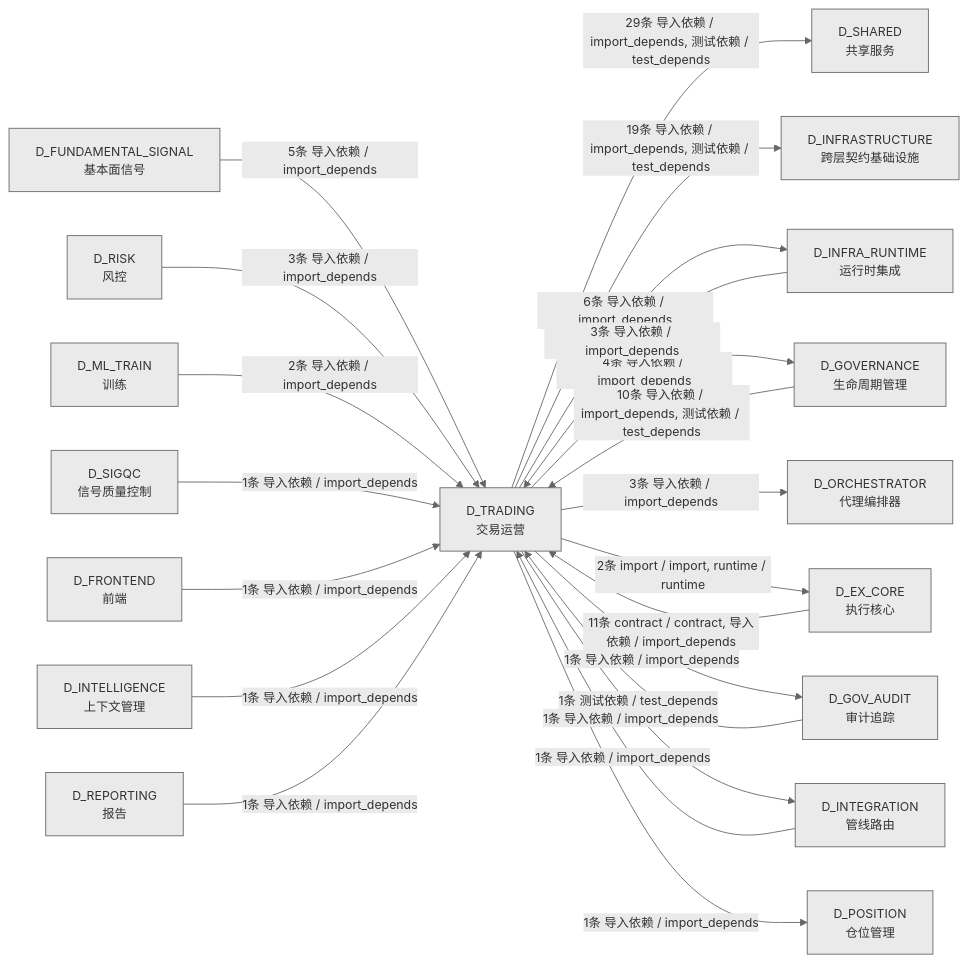
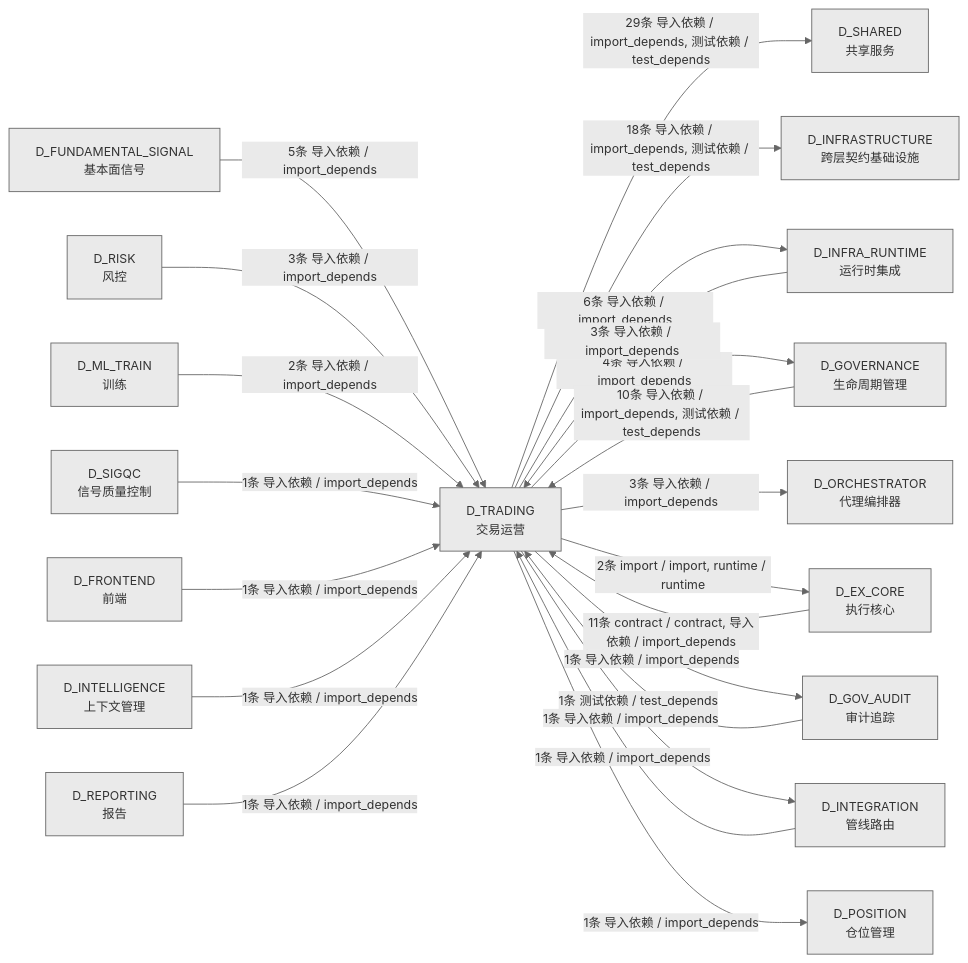
Before and after one commit to xuanFelixVan/ZephyrAlpha: the third of 3 diagrams in docs/02_enterprise_architecture/02_domain_architecture_docs/72_d_trading.md, drawn with Mermaid. The commit also changed other lines of this file and 47 other files, not shown here.

````diff
--- a/docs/02_enterprise_architecture/02_domain_architecture_docs/72_d_trading.md
+++ b/docs/02_enterprise_architecture/02_domain_architecture_docs/72_d_trading.md
@@ -436,42 +436,42 @@
 ```mermaid
 %%{init: {'theme': 'base', 'themeVariables': {'primaryColor': '#eaeaea', 'primaryTextColor': '#333333', 'primaryBorderColor': '#666666', 'lineColor': '#666666', 'secondaryColor': '#eaeaea', 'tertiaryColor': '#eaeaea', 'fontSize': '14px'}}}%%
 graph LR
     D_TRADING["D_TRADING<br/>交易运营"]
     D_SHARED["D_SHARED<br/>共享服务"]
     D_INFRASTRUCTURE["D_INFRASTRUCTURE<br/>跨层契约基础设施"]
     D_INFRA_RUNTIME["D_INFRA_RUNTIME<br/>运行时集成"]
     D_GOVERNANCE["D_GOVERNANCE<br/>生命周期管理"]
     D_ORCHESTRATOR["D_ORCHESTRATOR<br/>代理编排器"]
     D_EX_CORE["D_EX_CORE<br/>执行核心"]
     D_GOV_AUDIT["D_GOV_AUDIT<br/>审计追踪"]
     D_INTEGRATION["D_INTEGRATION<br/>管线路由"]
     D_POSITION["D_POSITION<br/>仓位管理"]
     D_FUNDAMENTAL_SIGNAL["D_FUNDAMENTAL_SIGNAL<br/>基本面信号"]
     D_RISK["D_RISK<br/>风控"]
     D_ML_TRAIN["D_ML_TRAIN<br/>训练"]
     D_SIGQC["D_SIGQC<br/>信号质量控制"]
     D_FRONTEND["D_FRONTEND<br/>前端"]
     D_INTELLIGENCE["D_INTELLIGENCE<br/>上下文管理"]
     D_REPORTING["D_REPORTING<br/>报告"]
     D_TRADING -->|29条 导入依赖 / import_depends, 测试依赖 / test_depends| D_SHARED
-    D_TRADING -->|19条 导入依赖 / import_depends, 测试依赖 / test_depends| D_INFRASTRUCTURE
+    D_TRADING -->|18条 导入依赖 / import_depends, 测试依赖 / test_depends| D_INFRASTRUCTURE
     D_TRADING -->|6条 导入依赖 / import_depends| D_INFRA_RUNTIME
     D_TRADING -->|4条 导入依赖 / import_depends| D_GOVERNANCE
     D_TRADING -->|3条 导入依赖 / import_depends| D_ORCHESTRATOR
     D_TRADING -->|2条 import / import, runtime / runtime| D_EX_CORE
     D_TRADING -->|1条 导入依赖 / import_depends| D_GOV_AUDIT
     D_TRADING -->|1条 导入依赖 / import_depends| D_INTEGRATION
     D_TRADING -->|1条 导入依赖 / import_depends| D_POSITION
     D_EX_CORE -->|11条 contract / contract, 导入依赖 / import_depends| D_TRADING
     D_GOVERNANCE -->|10条 导入依赖 / import_depends, 测试依赖 / test_depends| D_TRADING
     D_FUNDAMENTAL_SIGNAL -->|5条 导入依赖 / import_depends| D_TRADING
     D_INFRA_RUNTIME -->|3条 导入依赖 / import_depends| D_TRADING
     D_RISK -->|3条 导入依赖 / import_depends| D_TRADING
     D_ML_TRAIN -->|2条 导入依赖 / import_depends| D_TRADING
     D_SIGQC -->|1条 导入依赖 / import_depends| D_TRADING
     D_FRONTEND -->|1条 导入依赖 / import_depends| D_TRADING
     D_GOV_AUDIT -->|1条 测试依赖 / test_depends| D_TRADING
     D_INTEGRATION -->|1条 导入依赖 / import_depends| D_TRADING
     D_INTELLIGENCE -->|1条 导入依赖 / import_depends| D_TRADING
     D_REPORTING -->|1条 导入依赖 / import_depends| D_TRADING
 ```
````
